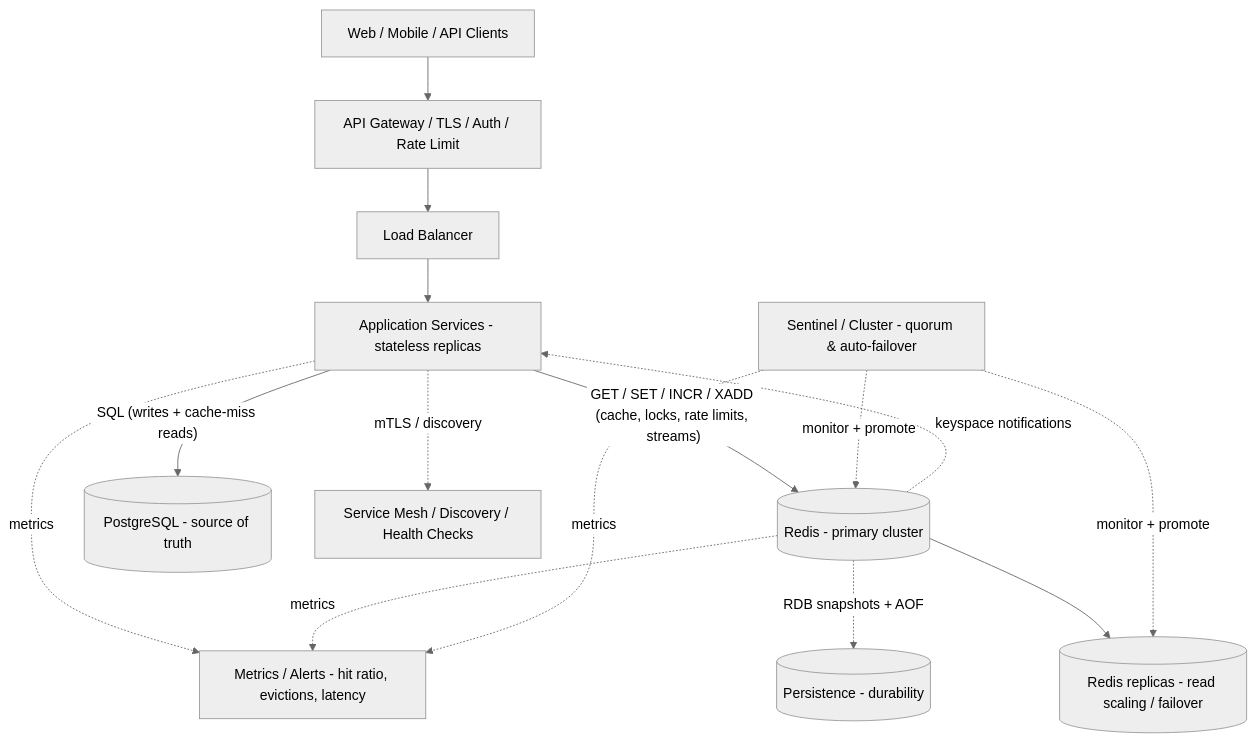
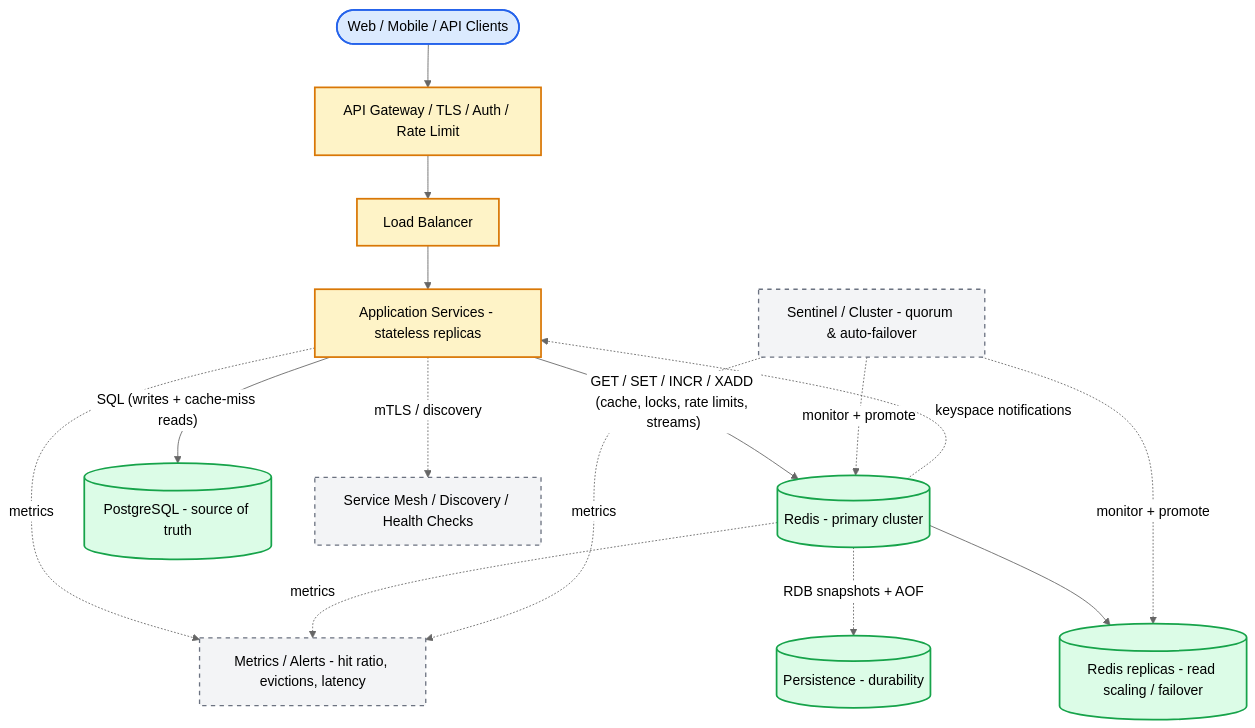
Before and after one commit to aishwary11/system-design: the diagram in redis-features.md, drawn with Mermaid (neutral theme). The commit also changed 36 other files, not shown here.

First line of the commit message:
Standardize all diagrams on C4-style Mermaid template

````diff
--- a/redis-features.md
+++ b/redis-features.md
@@ -9,17 +9,27 @@
 ```mermaid
 flowchart TB
-    clients["Web / Mobile / API Clients"] --> edge["API Gateway / TLS / Auth / Rate Limit"]
+    clients(["Web / Mobile / API Clients"]) --> edge["API Gateway / TLS / Auth / Rate Limit"]
     edge --> lb["Load Balancer"]
     lb --> svc["Application Services - stateless replicas"]
     svc -- "GET / SET / INCR / XADD (cache, locks, rate limits, streams)" --> redis[("Redis - primary cluster")]
     svc -- "SQL (writes + cache-miss reads)" --> db[("PostgreSQL - source of truth")]
     redis --> repl[("Redis replicas - read scaling / failover")]
     sentinel["Sentinel / Cluster - quorum & auto-failover"] -. "monitor + promote" .-> redis
     sentinel -. "monitor + promote" .-> repl
     redis -. "RDB snapshots + AOF" .-> disk[("Persistence - durability")]
     redis -. "keyspace notifications" .-> svc
     svc -. "metrics" .-> ops["Metrics / Alerts - hit ratio, evictions, latency"]
     redis -. "metrics" .-> ops
     sentinel -. "metrics" .-> ops
     svc -. "mTLS / discovery" .-> platform["Service Mesh / Discovery / Health Checks"]
+
+    classDef actor fill:#dbeafe,stroke:#2563eb,stroke-width:2px
+    classDef service fill:#fef3c7,stroke:#d97706,stroke-width:2px
+    classDef store fill:#dcfce7,stroke:#16a34a,stroke-width:2px
+    classDef broker fill:#fae8ff,stroke:#a21caf,stroke-width:2px
+    classDef control fill:#f3f4f6,stroke:#6b7280,stroke-width:1.5px,stroke-dasharray:5 5
+    class clients actor
+    class edge,lb,svc service
+    class redis,db,repl,disk store
+    class sentinel,ops,platform control
 ```
````
